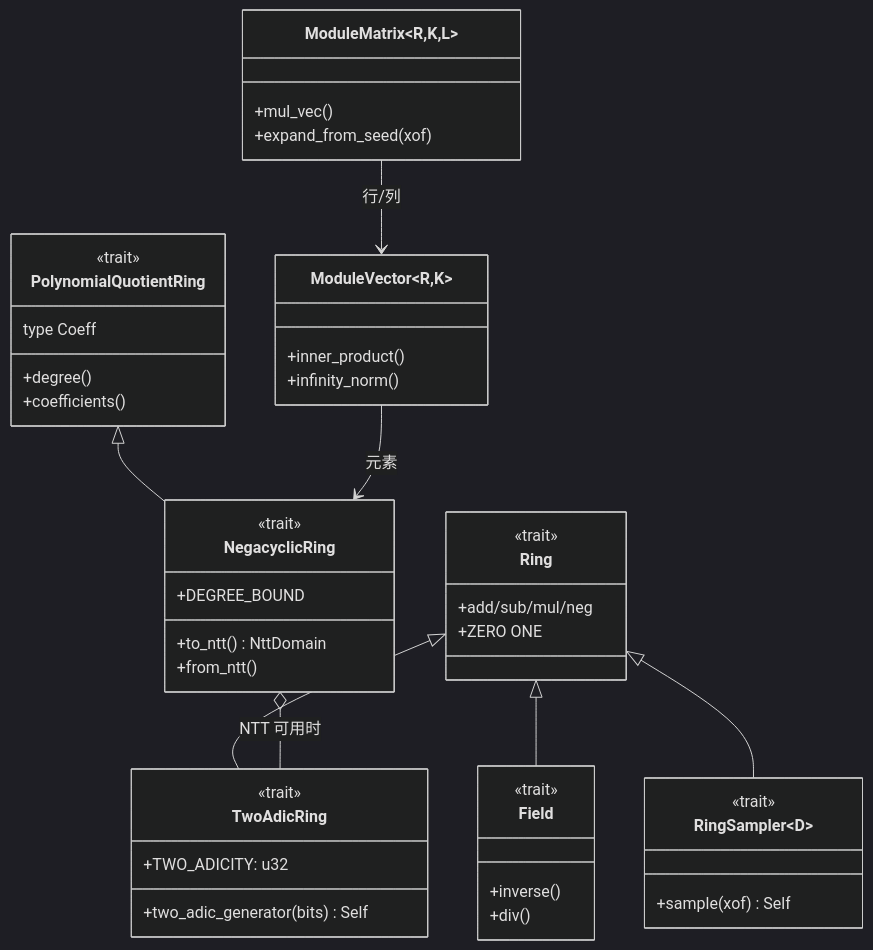
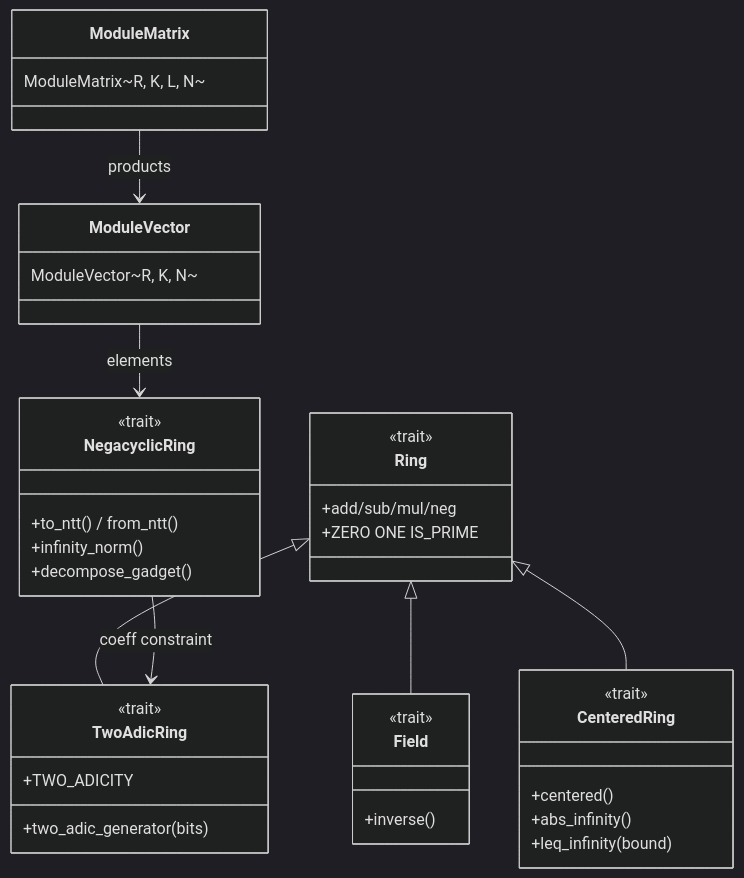
One commit to SuccinctPaul/lattice-algebra-rs changed the second of 4 diagrams in docs/src/pages/design/architecture.mdx. Above: the diagram before and after it, drawn with Mermaid (dark theme). The commit also changed other lines of this file and 54 other files, not shown here.

````diff
--- a/docs/src/pages/design/architecture.mdx
+++ b/docs/src/pages/design/architecture.mdx
@@ -45,49 +45,41 @@
 ```mermaid
 classDiagram
     class Ring {
         <<trait>>
         +add/sub/mul/neg
-        +ZERO ONE
+        +ZERO ONE IS_PRIME
     }
     class Field {
         <<trait>>
         +inverse()
-        +div()
     }
     class TwoAdicRing {
         <<trait>>
-        +TWO_ADICITY: u32
-        +two_adic_generator(bits) Self
+        +TWO_ADICITY
+        +two_adic_generator(bits)
     }
-    class RingSampler~D~ {
+    class CenteredRing {
         <<trait>>
-        +sample(xof) Self
-    }
-    class PolynomialQuotientRing {
-        <<trait>>
-        type Coeff
-        +degree() 
-        +coefficients()
+        +centered()
+        +abs_infinity()
+        +leq_infinity(bound)
     }
     class NegacyclicRing {
         <<trait>>
-        +DEGREE_BOUND
-        +to_ntt() NttDomain
-        +from_ntt()
+        +to_ntt() / from_ntt()
+        +infinity_norm()
+        +decompose_gadget()
     }
-    class ModuleVector~R,K~ {
-        +inner_product()
-        +infinity_norm()
+    class ModuleVector {
+        ModuleVector~R, K, N~
     }
-    class ModuleMatrix~R,K,L~ {
-        +mul_vec()
-        +expand_from_seed(xof)
+    class ModuleMatrix {
+        ModuleMatrix~R, K, L, N~
     }
     Ring <|-- Field
     Ring <|-- TwoAdicRing
-    Ring <|-- RingSampler
-    PolynomialQuotientRing <|-- NegacyclicRing
-    NegacyclicRing o-- TwoAdicRing : NTT 可用时
-    ModuleVector --> NegacyclicRing : 元素
-    ModuleMatrix --> ModuleVector : 行/列
+    Ring <|-- CenteredRing
+    NegacyclicRing --> TwoAdicRing : coeff constraint
+    ModuleVector --> NegacyclicRing : elements
+    ModuleMatrix --> ModuleVector : products
 ```
````
